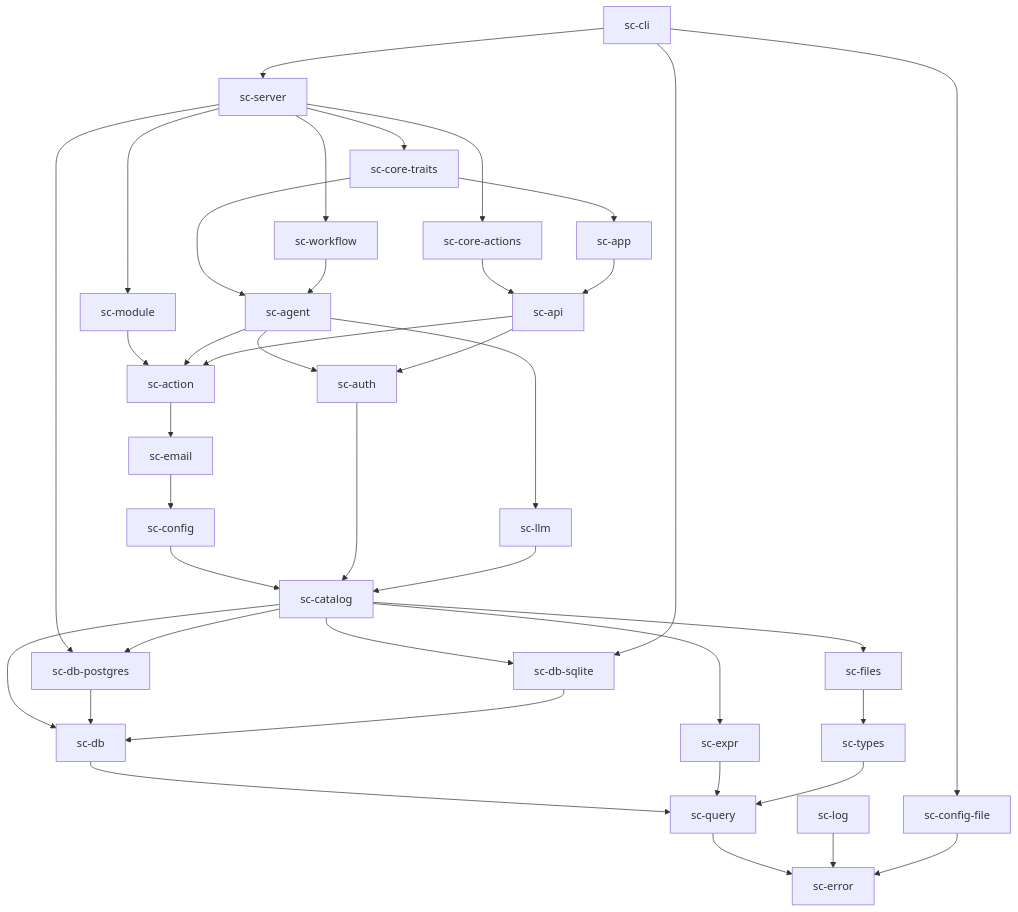
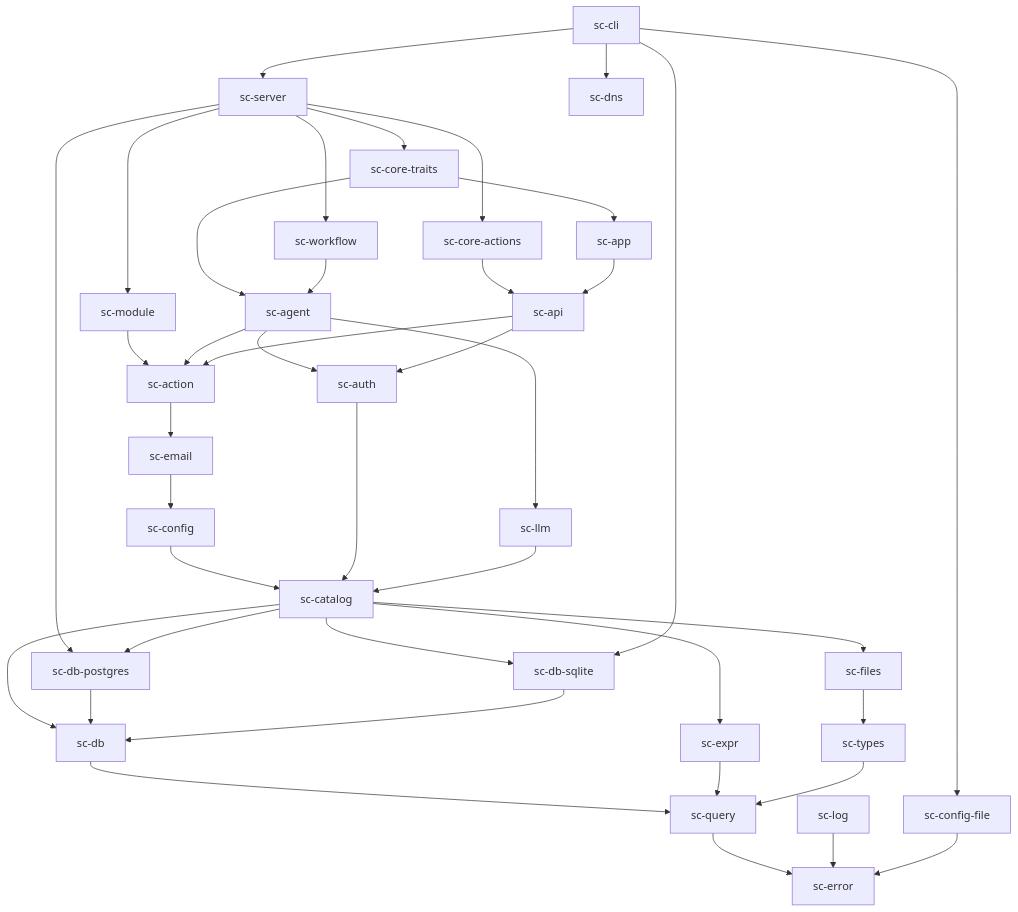
One commit to christianhugoch/feldspar changed the first of 2 diagrams in docs/TECHNICAL_DESIGN.md. Above: the diagram before and after it, drawn with Mermaid. The commit also changed other lines of this file and 14 other files, not shown here.

````diff
--- a/docs/TECHNICAL_DESIGN.md
+++ b/docs/TECHNICAL_DESIGN.md
@@ -125,41 +128,42 @@
 ```mermaid
 graph TD
   cli["sc-cli"] --> server["sc-server"]
   cli --> cfgfile["sc-config-file"]
+  cli --> dns["sc-dns"]
   server --> coreact["sc-core-actions"]
   server --> coretraits["sc-core-traits"]
   server --> pg["sc-db-postgres"]
   coretraits --> agent["sc-agent"]
   coretraits --> app["sc-app"]
   coreact --> api["sc-api"]
   server --> module["sc-module"]
   server --> workflow["sc-workflow"]
   workflow --> agent
   module --> action["sc-action"]
   app --> api
   agent --> action
   agent --> auth["sc-auth"]
   agent --> llm["sc-llm"]
   api --> action
   api --> auth
   action --> email["sc-email"]
   email --> config["sc-config"]
   config --> catalog["sc-catalog"]
   auth --> catalog
   llm --> catalog
   catalog --> db["sc-db"]
   catalog --> pg
   catalog --> sqlite["sc-db-sqlite"]
   cli --> sqlite
   catalog --> expr["sc-expr"]
   catalog --> files["sc-files"]
   pg --> db
   sqlite --> db
   db --> query["sc-query"]
   expr --> query
   files --> types["sc-types"]
   types --> query
   query --> error["sc-error"]
   log["sc-log"] --> error
   cfgfile --> error
 ```
````
